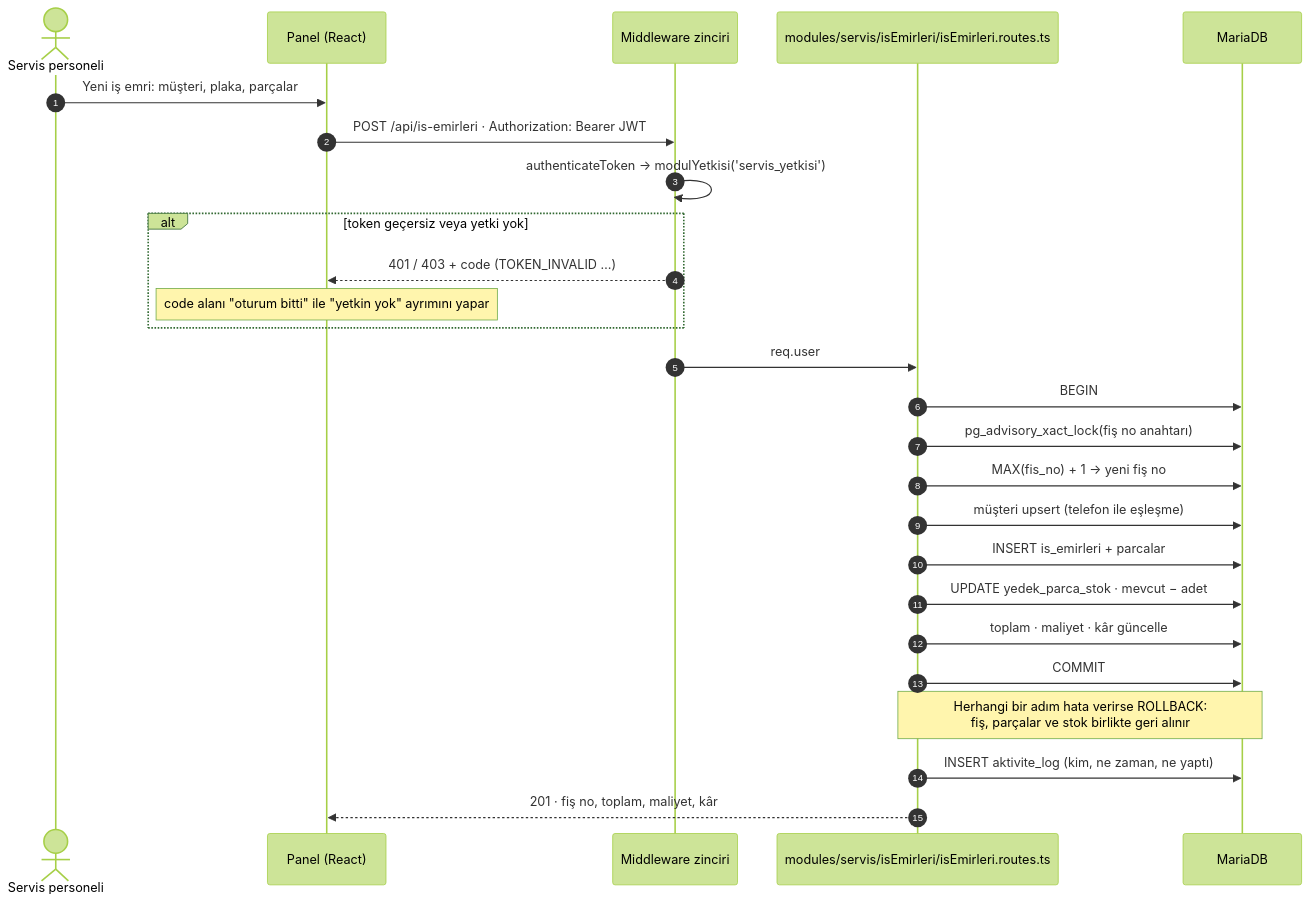
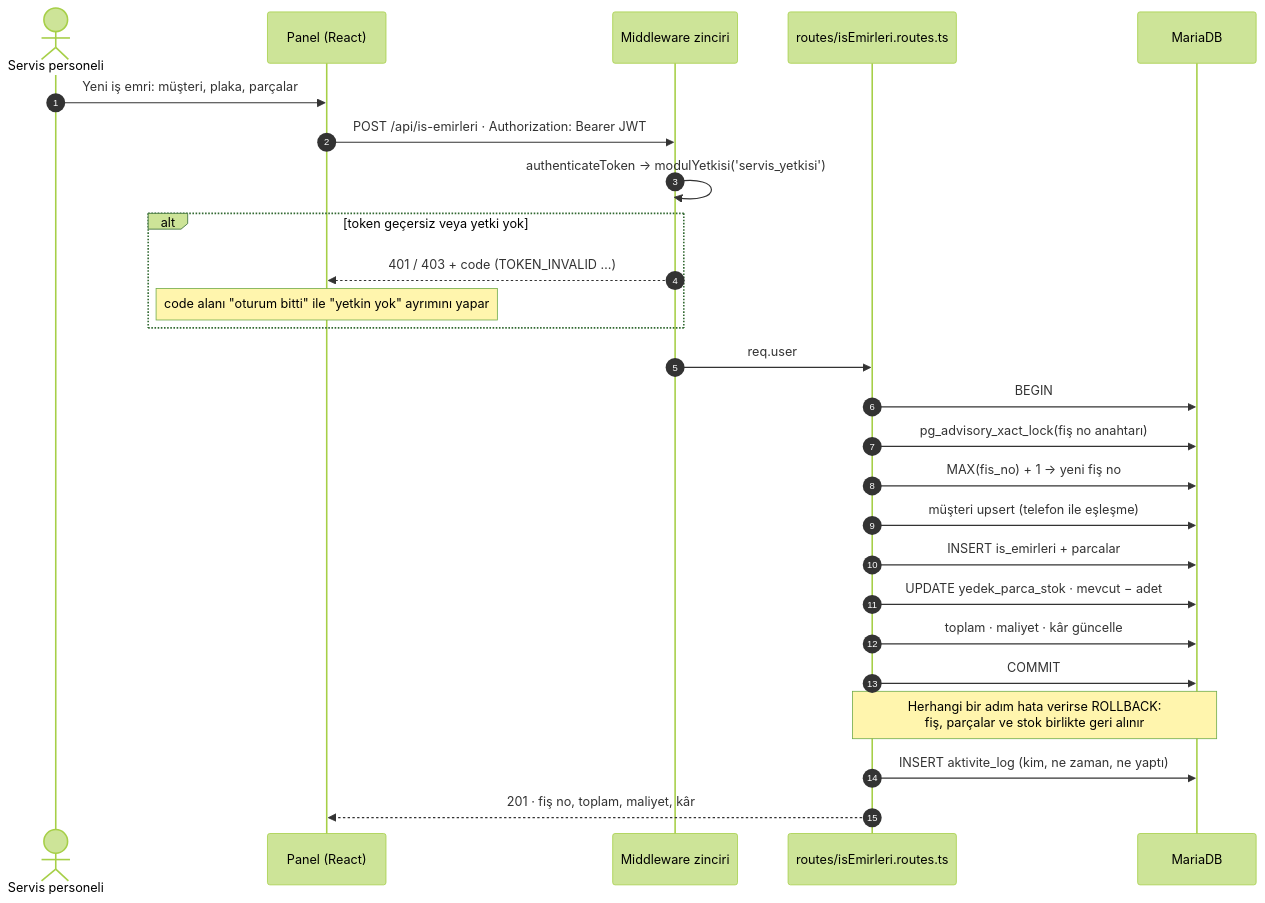
Before and after one commit to salih12s/KaynarMotor: the second of 3 diagrams in README.md, drawn with Mermaid (forest theme). The commit also changed other lines of this file and 6 other files, not shown here.

````diff
--- a/README.md
+++ b/README.md
@@ -282,29 +282,29 @@
 ```mermaid
 sequenceDiagram
     autonumber
     actor U as Servis personeli
     participant P as Panel (React)
     participant M as Middleware zinciri
-    participant R as modules/servis/isEmirleri/isEmirleri.routes.ts
+    participant R as routes/isEmirleri.routes.ts
     participant DB as MariaDB
 
     U->>P: Yeni iş emri: müşteri, plaka, parçalar
     P->>M: POST /api/is-emirleri · Authorization: Bearer JWT
     M->>M: authenticateToken → modulYetkisi('servis_yetkisi')
     alt token geçersiz veya yetki yok
         M-->>P: 401 / 403 + code (TOKEN_INVALID …)
         Note over P: code alanı "oturum bitti" ile "yetkin yok" ayrımını yapar
     end
     M->>R: req.user
     R->>DB: BEGIN
     R->>DB: pg_advisory_xact_lock(fiş no anahtarı)
     R->>DB: MAX(fis_no) + 1 → yeni fiş no
     R->>DB: müşteri upsert (telefon ile eşleşme)
     R->>DB: INSERT is_emirleri + parcalar
     R->>DB: UPDATE yedek_parca_stok · mevcut − adet
     R->>DB: toplam · maliyet · kâr güncelle
     R->>DB: COMMIT
     Note over R,DB: Herhangi bir adım hata verirse ROLLBACK:<br/>fiş, parçalar ve stok birlikte geri alınır
     R->>DB: INSERT aktivite_log (kim, ne zaman, ne yaptı)
     R-->>P: 201 · fiş no, toplam, maliyet, kâr
 ```
````
